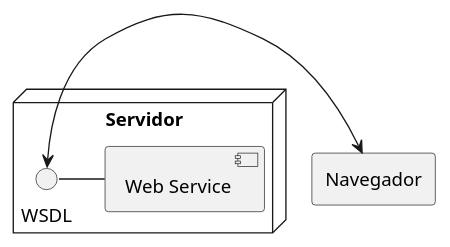
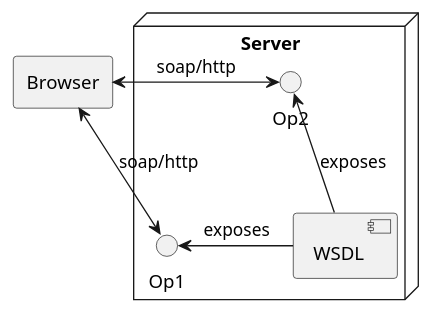
The diagram in docs/topicos/webservices/slides/webservices.puml (rodrigoprestesmachado/pw2), drawn with PlantUML before and after one commit. The commit also changed 1 other file, not shown here.

Commit message:
xml web service

```diff
--- a/docs/topicos/webservices/slides/webservices.puml
+++ b/docs/topicos/webservices/slides/webservices.puml
@@ -1,11 +1,10 @@
 @startuml
+rectangle Browser 
 
-rectangle Navegador
-
-node "Servidor" {
-  WSDL - [Web Service]
+node "Server" {
+  Op1 <-right- [WSDL] : exposes
+  Op2 <-- [WSDL] : exposes
 }
-
-WSDL <-> Navegador
-
+Op1 <-left-> Browser : soap/http
+Op2 <-left-> Browser : soap/http
 @enduml
```
